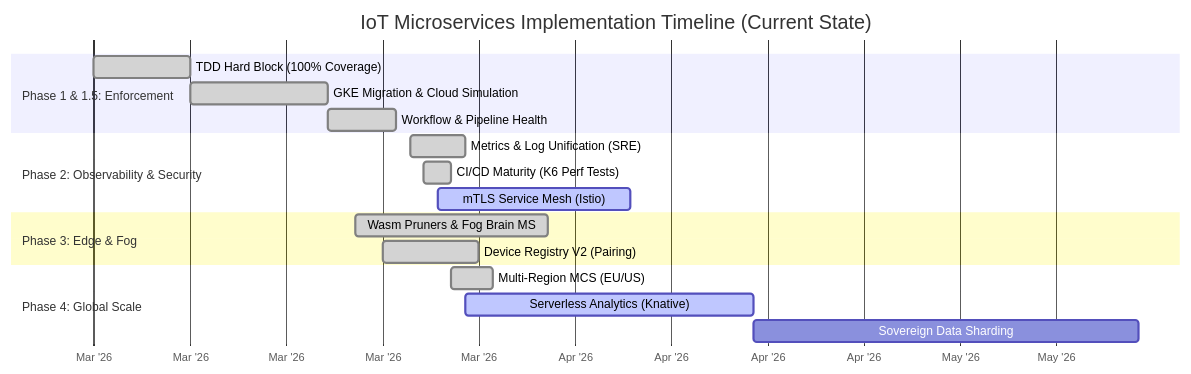
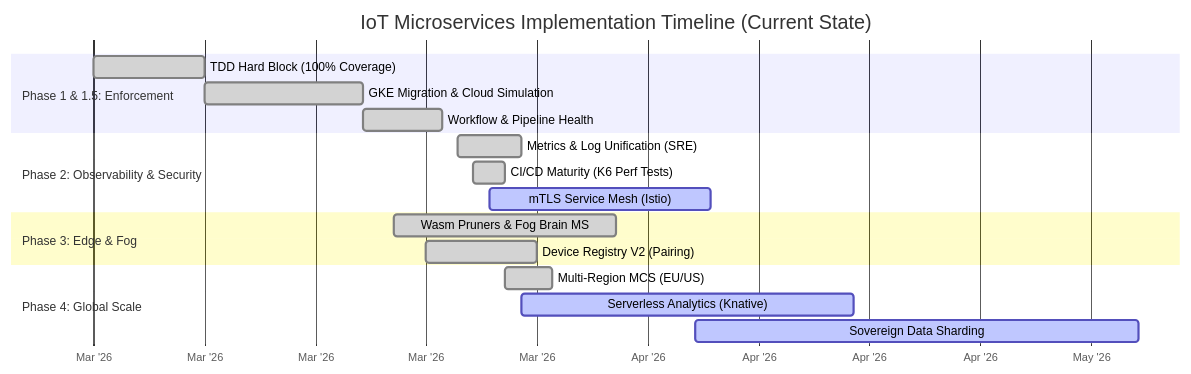
The diagram in Timeline.md (sergioitremotejobs2025-sketch/GreenHouse_Arduino), drawn with Mermaid before and after one commit. The commit also changed other lines of this file and 22 other files, not shown here.

````diff
--- a/Timeline.md
+++ b/Timeline.md
@@ -7,25 +7,25 @@
 ```mermaid
 gantt
     title IoT Microservices Implementation Timeline (Current State)
     dateFormat  YYYY-MM-DD
     axisFormat  %b '%y
     
     section Phase 1 & 1.5: Enforcement
     TDD Hard Block (100% Coverage) :done, p1_1, 2026-03-01, 7d
     GKE Migration & Cloud Simulation :done, p1_2, 2026-03-08, 10d
     Workflow & Pipeline Health       :done, p1_3, 2026-03-18, 5d
 
     section Phase 2: Observability & Security
     Metrics & Log Unification (SRE) :done, p2_1, 2026-03-24, 4d
     CI/CD Maturity (K6 Perf Tests)  :done, p2_2, 2026-03-25, 2d
     mTLS Service Mesh (Istio)        :active, p2_3, 2026-03-26, 14d
 
     section Phase 3: Edge & Fog
     Wasm Pruners & Fog Brain MS    :done, p3_1, 2026-03-20, 14d
     Device Registry V2 (Pairing)   :done, p3_2, 2026-03-22, 7d
 
     section Phase 4: Global Scale
     Multi-Region MCS (EU/US)       :done, p4_1, 2026-03-27, 3d
     Serverless Analytics (Knative) :active, p4_2, 2026-03-28, 21d
-    Sovereign Data Sharding        :p4_3, after p4_2, 28d
+    Sovereign Data Sharding        :active, p4_3, 2026-04-08, 28d
 ```
````
